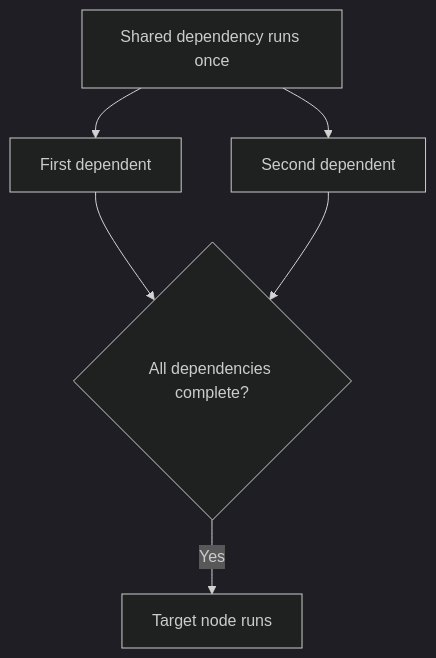
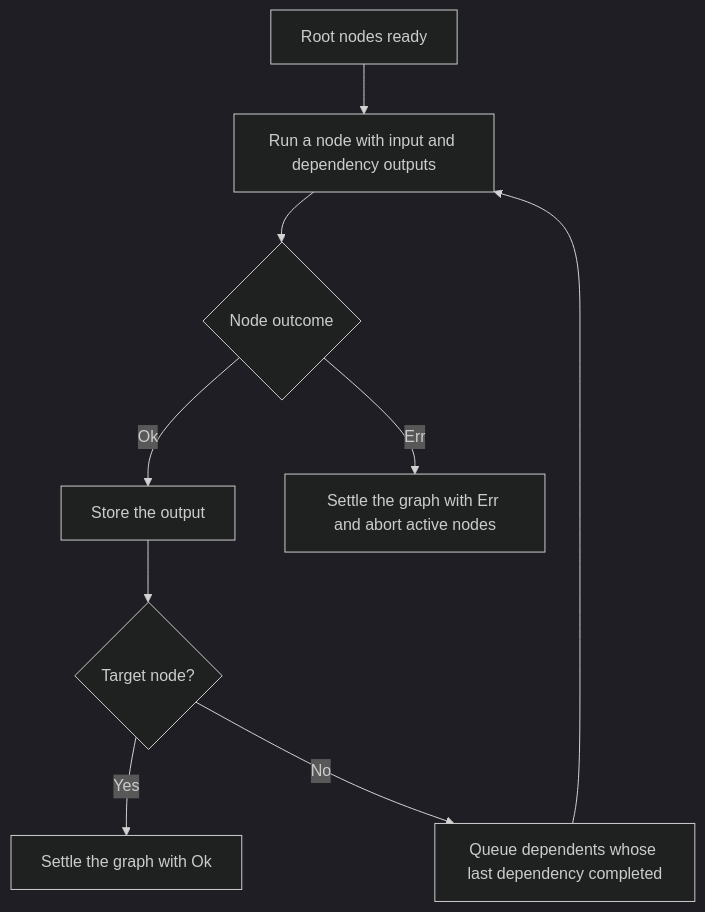
Before and after one commit to pplnd/core: the diagram in docs/src/content/docs/guides/graph.md, drawn with Mermaid (dark theme). The commit also changed other lines of this file and 63 other files, not shown here.

````diff
--- a/docs/src/content/docs/guides/graph.md
+++ b/docs/src/content/docs/guides/graph.md
@@ -32,8 +42,11 @@
 ```mermaid
 flowchart TD
-  Shared["Shared dependency runs once"] --> Left["First dependent"]
-  Shared --> Right["Second dependent"]
-  Left --> Ready{"All dependencies complete?"}
-  Right --> Ready
-  Ready -->|Yes| Target["Target node runs"]
+  Ready["Root nodes ready"] --> Run["Run a node with input and dependency outputs"]
+  Run --> Outcome{"Node outcome"}
+  Outcome -->|Ok| Store["Store the output"]
+  Store --> Target{"Target node?"}
+  Target -->|Yes| Settle["Settle the graph with Ok"]
+  Target -->|No| Queue["Queue dependents whose last dependency completed"]
+  Queue --> Run
+  Outcome -->|Err| Fail["Settle the graph with Err and abort active nodes"]
 ```
````
